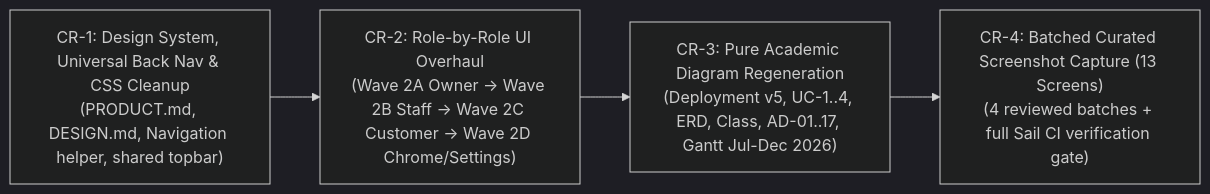
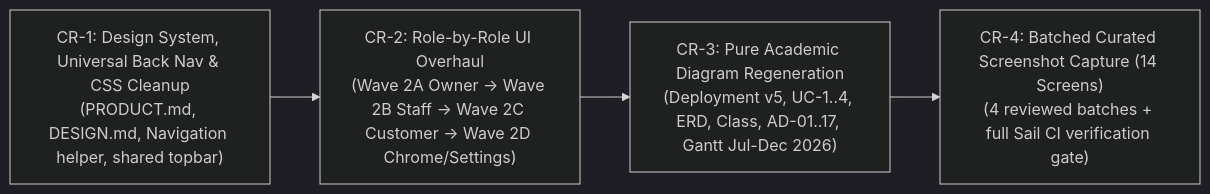
One commit to imaginarycjay/printify changed the diagram in system_plan/pressqueue_v2_correction_plan_v2.md. Above: the diagram before and after it, drawn with Mermaid (dark theme). The commit also changed other lines of this file and 22 other files, not shown here.

Commit message:
diagrams

````diff
--- a/system_plan/pressqueue_v2_correction_plan_v2.md
+++ b/system_plan/pressqueue_v2_correction_plan_v2.md
@@ -23,8 +23,8 @@
 ```mermaid
 flowchart LR
     CR1["CR-1: Design System, Universal Back Nav & CSS Cleanup<br/>(PRODUCT.md, DESIGN.md, Navigation helper, shared topbar)"]
     CR2["CR-2: Role-by-Role UI Overhaul<br/>(Wave 2A Owner -> Wave 2B Staff -> Wave 2C Customer -> Wave 2D Chrome/Settings)"]
     CR3["CR-3: Pure Academic Diagram Regeneration<br/>(Deployment v5, UC-1..4, ERD, Class, AD-01..17, Gantt Jul-Dec 2026)"]
-    CR4["CR-4: Batched Curated Screenshot Capture (13 Screens)<br/>(4 reviewed batches + full Sail CI verification gate)"]
+    CR4["CR-4: Batched Curated Screenshot Capture (14 Screens)<br/>(4 reviewed batches + full Sail CI verification gate)"]
     CR1 --> CR2 --> CR3 --> CR4
 ```
````
